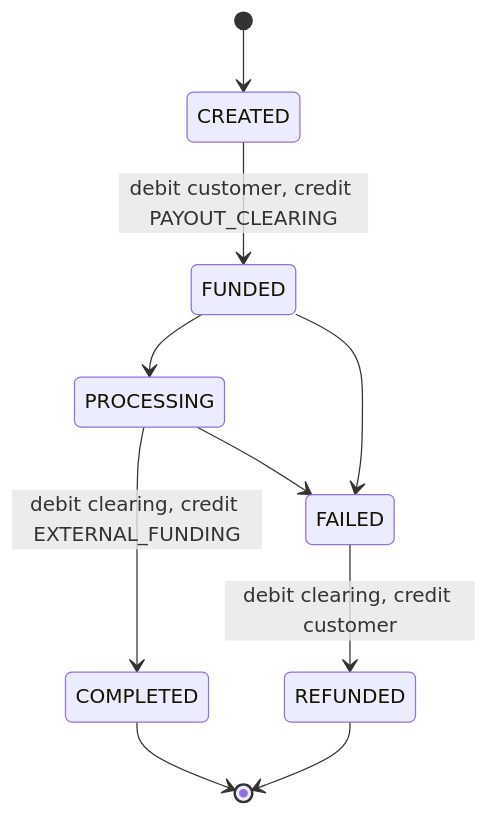
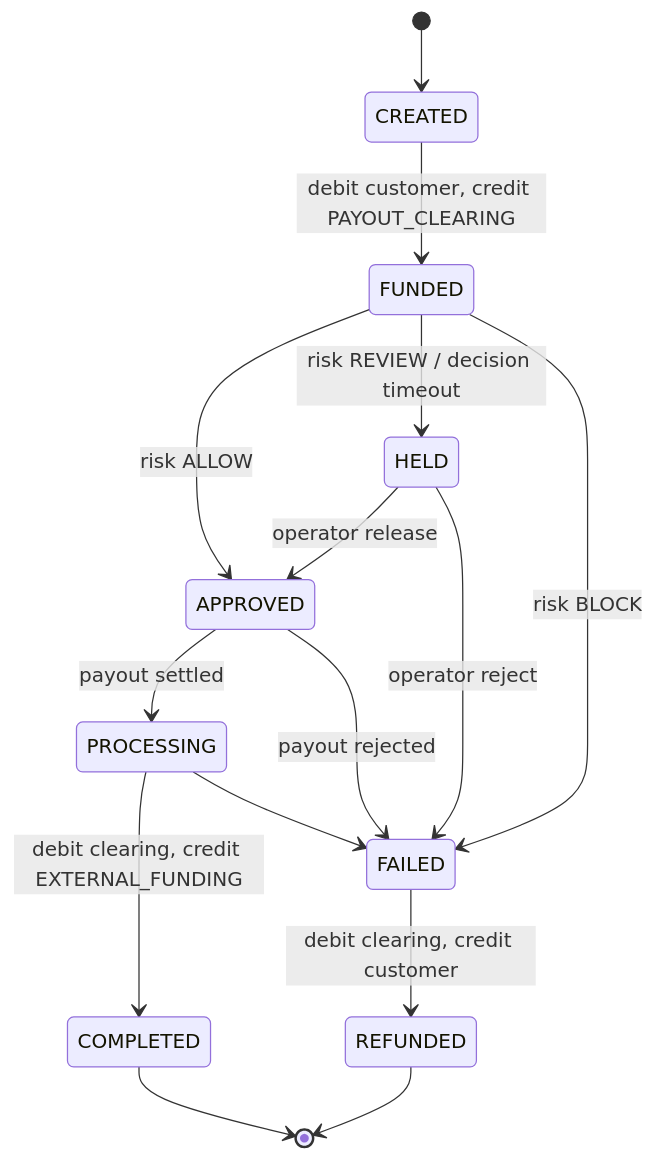
One commit to nurtayzhanbol-svg/wise-lite changed the third of 4 diagrams in docs/architecture.md. Above: the diagram before and after it, drawn with Mermaid. The commit also changed other lines of this file and 51 other files, not shown here.

First line of the commit message:
M10: end-to-end risk gating with HELD transfers

````diff
--- a/docs/architecture.md
+++ b/docs/architecture.md
@@ -46,12 +51,17 @@
 ```mermaid
 stateDiagram-v2
     [*] --> CREATED
     CREATED --> FUNDED: debit customer, credit PAYOUT_CLEARING
-    FUNDED --> PROCESSING
-    FUNDED --> FAILED
+    FUNDED --> APPROVED: risk ALLOW
+    FUNDED --> HELD: risk REVIEW / decision timeout
+    FUNDED --> FAILED: risk BLOCK
+    HELD --> APPROVED: operator release
+    HELD --> FAILED: operator reject
+    APPROVED --> PROCESSING: payout settled
+    APPROVED --> FAILED: payout rejected
     PROCESSING --> COMPLETED: debit clearing, credit EXTERNAL_FUNDING
     PROCESSING --> FAILED
     FAILED --> REFUNDED: debit clearing, credit customer
     COMPLETED --> [*]
     REFUNDED --> [*]
 ```
````
